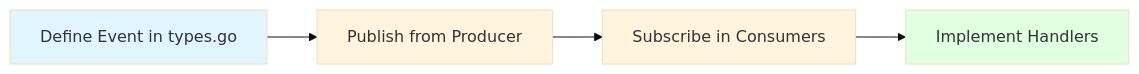
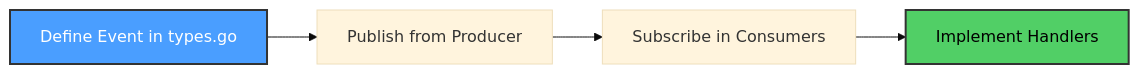
One commit to elewashy/Tanta-University changed diagram 17 of 17 in Level_3/Semester_1/Distributed_Systems/Project/System_Architecture_in_Distributed_Systems/docs/ARCHITECTURE.md. Above: the diagram before and after it, drawn with Mermaid (base theme). The commit also changed other lines of this file and 4 other files, not shown here.

````diff
--- a/Level_3/Semester_1/Distributed_Systems/Project/System_Architecture_in_Distributed_Systems/docs/ARCHITECTURE.md
+++ b/Level_3/Semester_1/Distributed_Systems/Project/System_Architecture_in_Distributed_Systems/docs/ARCHITECTURE.md
@@ -618,9 +618,9 @@
 ```mermaid
 graph LR
     A[Define Event in types.go] --> B[Publish from Producer]
     B --> C[Subscribe in Consumers]
     C --> D[Implement Handlers]
     
-    style A fill:#e1f5ff
-    style D fill:#e1ffe1
+    style A fill:#4a9eff,stroke:#333,stroke-width:2px,color:#fff
+    style D fill:#51cf66,stroke:#333,stroke-width:2px,color:#000
 ```
````
